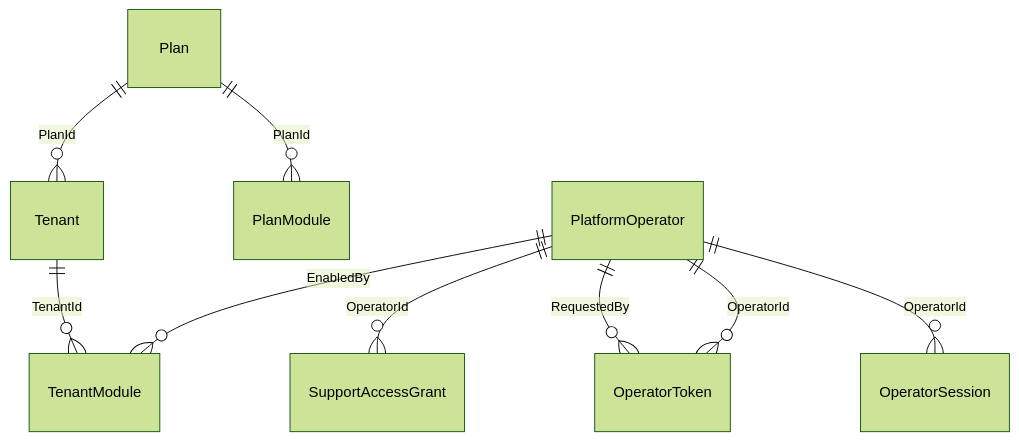
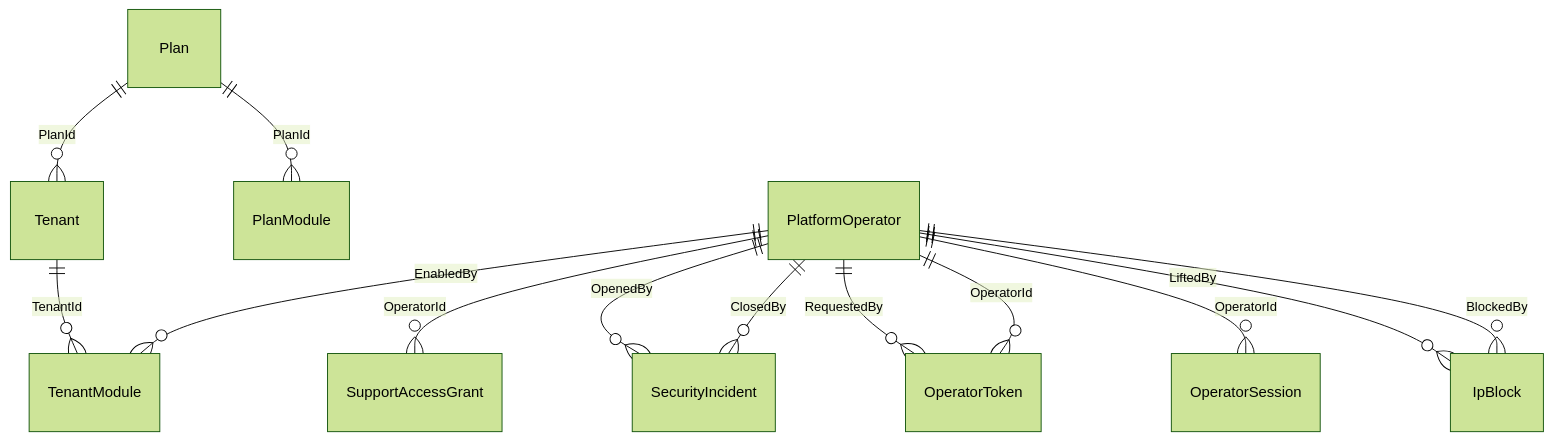
The first of 19 diagrams in treasury-platform/docs/22-erd-by-schema.md (thawrasy/smartlines), drawn with Mermaid (forest theme) before and after one commit. The commit also changed other lines of this file and 17 other files, not shown here.

````diff
--- a/treasury-platform/docs/22-erd-by-schema.md
+++ b/treasury-platform/docs/22-erd-by-schema.md
@@ -7,11 +7,15 @@
 ```mermaid
 erDiagram
   Plan ||--o{ PlanModule : "PlanId"
   Plan ||--o{ Tenant : "PlanId"
+  PlatformOperator ||--o{ IpBlock : "BlockedBy"
+  PlatformOperator ||--o{ IpBlock : "LiftedBy"
   PlatformOperator ||--o{ OperatorSession : "OperatorId"
   PlatformOperator ||--o{ OperatorToken : "OperatorId"
   PlatformOperator ||--o{ OperatorToken : "RequestedBy"
+  PlatformOperator ||--o{ SecurityIncident : "ClosedBy"
+  PlatformOperator ||--o{ SecurityIncident : "OpenedBy"
   PlatformOperator ||--o{ SupportAccessGrant : "OperatorId"
   PlatformOperator ||--o{ TenantModule : "EnabledBy"
   Tenant ||--o{ TenantModule : "TenantId"
 ```
````
